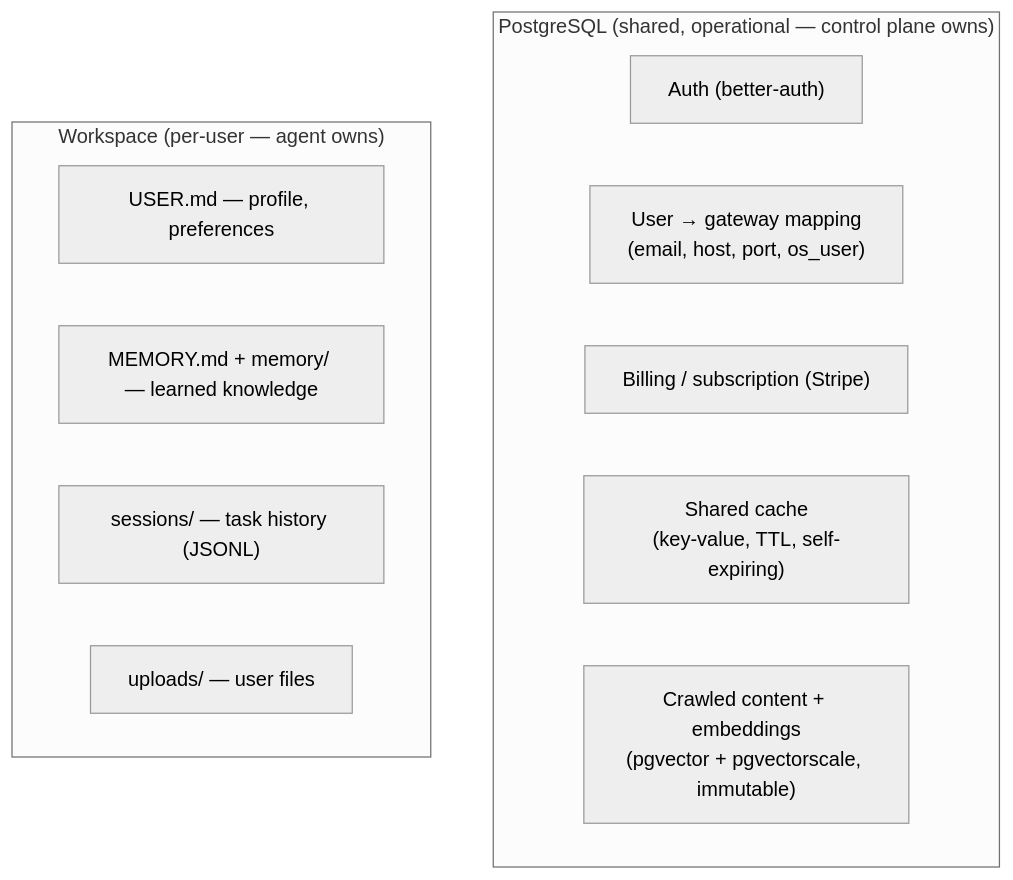
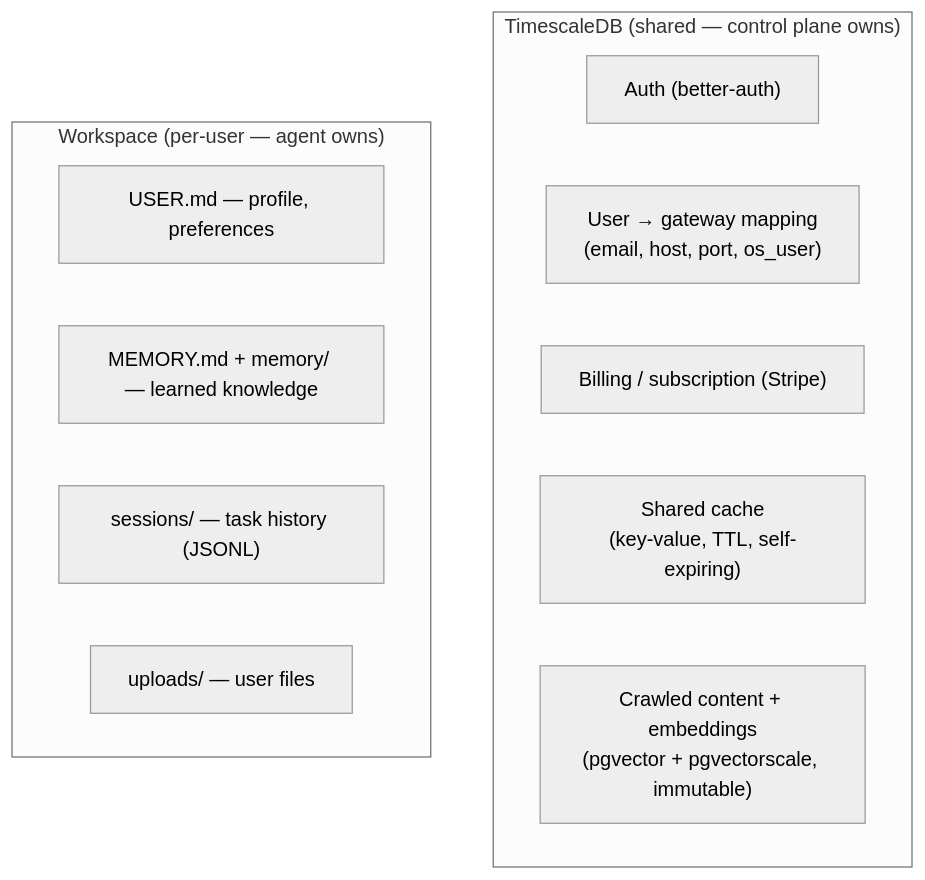
Before and after one commit to 1qh/claw: the first of 2 diagrams in brainstorm/data-layer.md, drawn with Mermaid (neutral theme). The commit also changed other lines of this file and 2 other files, not shown here.

Commit message:
Use TimescaleDB, Bun runtime, clean up redundancy

````diff
--- a/brainstorm/data-layer.md
+++ b/brainstorm/data-layer.md
@@ -9,17 +9,17 @@
 ```mermaid
 graph TB
-    subgraph "PostgreSQL (shared, operational — control plane owns)"
+    subgraph "TimescaleDB (shared — control plane owns)"
         AUTH["Auth (better-auth)"]
         ROUTE["User → gateway mapping\n(email, host, port, os_user)"]
         BILL["Billing / subscription (Stripe)"]
         CACHE["Shared cache\n(key-value, TTL, self-expiring)"]
         INTEL["Crawled content + embeddings\n(pgvector + pgvectorscale, immutable)"]
     end
 
     subgraph "Workspace (per-user — agent owns)"
         USER["USER.md — profile, preferences"]
         MEM["MEMORY.md + memory/ — learned knowledge"]
         SESS["sessions/ — task history (JSONL)"]
         FILES["uploads/ — user files"]
     end
 ```
````
